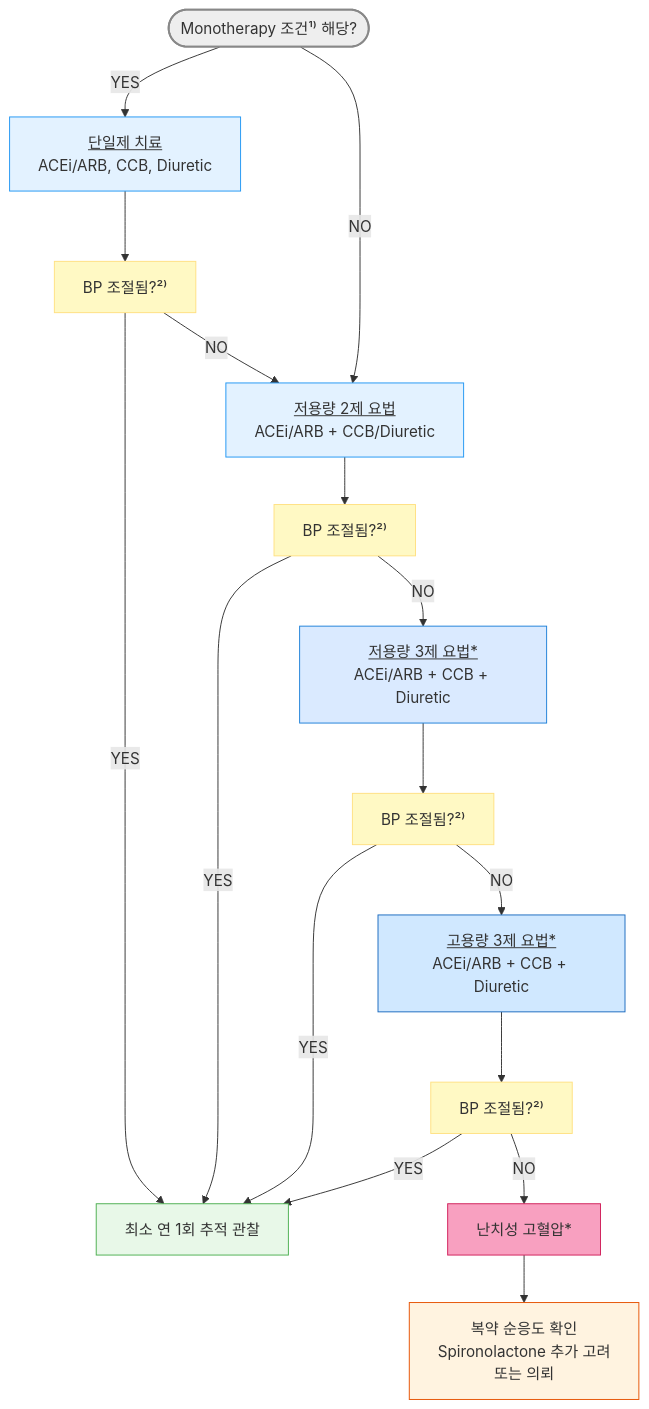
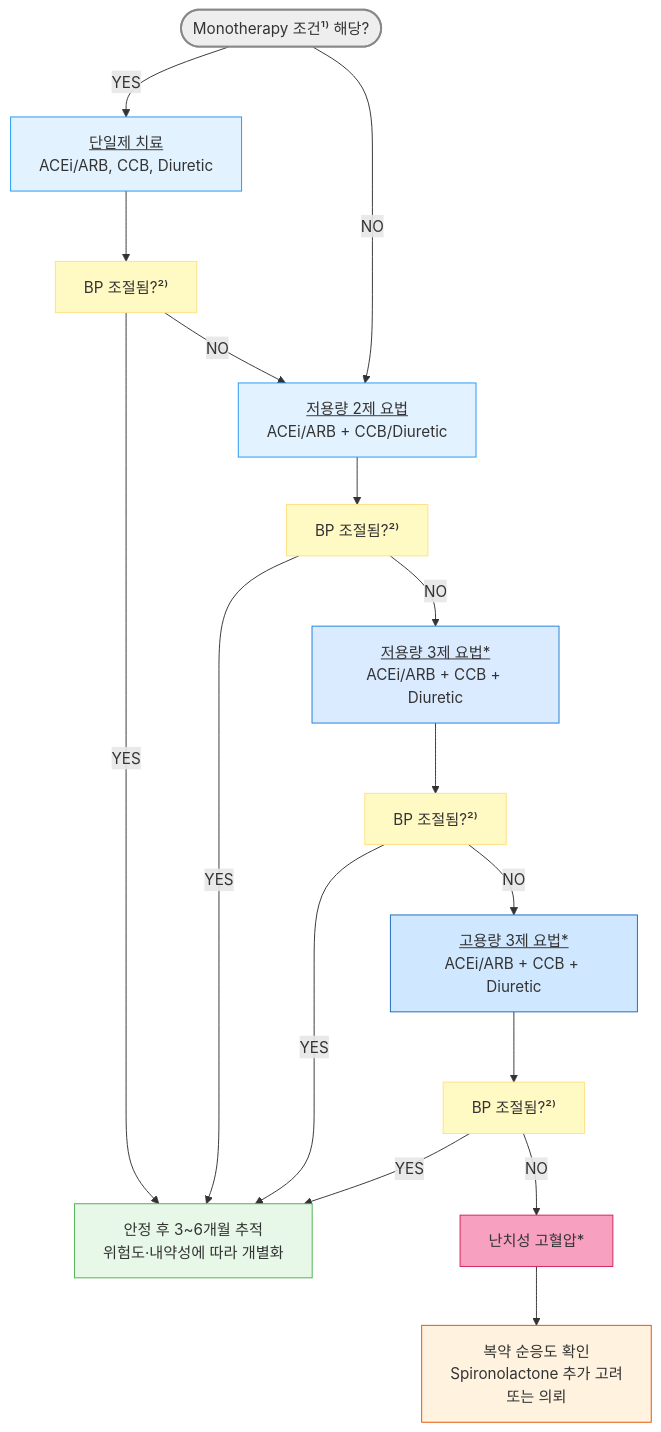
The fourth of 6 diagrams in 225_/095_-hypertension.md (familyoh77/familyoh77), drawn with Mermaid before and after one commit. The commit also changed other lines of this file and 5 other files, not shown here.

````diff
--- a/225_/095_-hypertension.md
+++ b/225_/095_-hypertension.md
@@ -942,45 +946,45 @@
 ```mermaid
 graph TD
     Start(["Monotherapy 조건¹⁾ 해당?"])
 style Start fill:#eeeeee,stroke:#888888,stroke-width:2px
     T0["<u>단일제 치료</u><br/>ACEi/ARB, CCB, Diuretic"]  
     T1["<u>저용량 2제 요법</u><br/>ACEi/ARB + CCB/Diuretic"]  
     T2["<u>저용량 3제 요법*</u><br/>ACEi/ARB + CCB + Diuretic"]
     T3["<u>고용량 3제 요법*</u><br/>ACEi/ARB + CCB + Diuretic"]
 style T0 fill:#e3f2ff,stroke:#2196f3
 style T1 fill:#e3f2ff,stroke:#2196f3
 style T2 fill:#daeaff,stroke:#1e80d9
 style T3 fill:#d0e8ff,stroke:#1a6abf
     Check0["BP 조절됨?²⁾"]
     Check1["BP 조절됨?²⁾"]
     Check2["BP 조절됨?²⁾"]
     Check3["BP 조절됨?²⁾"]
 classDef yellow fill:#fff9c4,stroke:#ffe082
 class Check0,Check1,Check2,Check3 yellow
     Resistant["난치성 고혈압*"]
 style Resistant fill:#f8a0c0,stroke:#d01f5a
     Action2["복약 순응도 확인<br/>Spironolactone 추가 고려<br/>또는 의뢰"]
 style Action2 fill:#fff3e0,stroke:#e65100
-    FU["최소 연 1회 추적 관찰"]
+    FU["안정 후 3~6개월 추적<br/>위험도·내약성에 따라 개별화"]
 style FU fill:#e8f8e8,stroke:#4caf50
     Start --YES--> T0
 
     T0 --> Check0
     Check0 -- YES --> FU
     Check0 -- NO --> T1
     Start --NO--> T1    
     T1 --> Check1
     Check1 -- YES --> FU
     Check1 -- NO --> T2
     
     T2 --> Check2
     Check2 -- YES --> FU
     Check2 -- NO --> T3
     
     T3 --> Check3
     Check3 -- YES --> FU
     Check3 -- NO --> Resistant
     
     Resistant --> Action2
 
 ```
````
